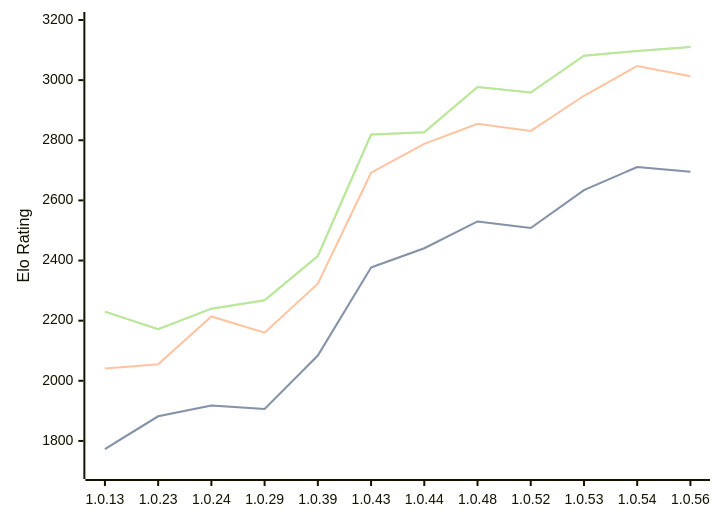
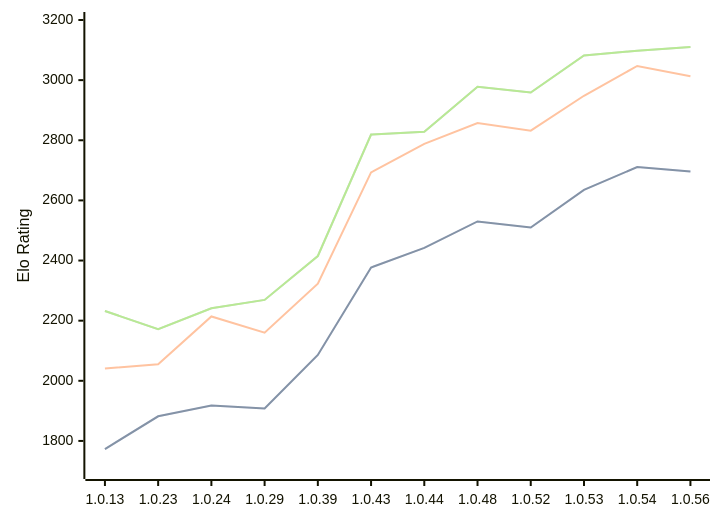
One commit to computer-chess-index/cci changed the diagram in engines/RustyRival.md. Above: the diagram before and after it, drawn with Mermaid. The commit also changed other lines of this file, not shown here.

Commit message:
Update CCI Ratings (ELO VLTC) - 2026-09-13

````diff
--- a/engines/RustyRival.md
+++ b/engines/RustyRival.md
@@ -64,11 +64,11 @@
 ```mermaid
 %%{init: {"theme":"base","themeVariables":{"seriesColors:['#a3a3a3','#222221','#faa371']}}}%%
 xychart-beta
   x-axis ["1.0.13", "1.0.23", "1.0.24", "1.0.29", "1.0.39", "1.0.43", "1.0.44", "1.0.48", "1.0.52", "1.0.53", "1.0.54", "1.0.56"]
   y-axis "Elo Rating" 1700 --> 3200
-  line "" [1773, 1882, 1918, 1906, 2084, 2377, 2441, 2530, 2508, 2634, 2711, 2695]
-  line "STC (8.0+0.08s)" [1773, 1882, 1918, 1906, 2084, 2377, 2441, 2530, 2508, 2634, 2711, 2695]
-  line "LTC (60.0+0.60s)" [2041, 2055, 2214, 2160, 2323, 2692, 2788, 2855, 2831, 2948, 3047, 3013]
-  line "" [2230, 2172, 2240, 2268, 2415, 2819, 2827, 2977, 2959, 3081, 3097, 3110]
-  line "VLTC (2m24s+1.12s)" [2230, 2172, 2240, 2268, 2415, 2819, 2827, 2977, 2959, 3081, 3097, 3110]
+  line "" [1773, 1882, 1918, 1908, 2086, 2377, 2442, 2530, 2510, 2635, 2711, 2696]
+  line "STC (8.0+0.08s)" [1773, 1882, 1918, 1908, 2086, 2377, 2442, 2530, 2510, 2635, 2711, 2696]
+  line "LTC (60.0+0.60s)" [2041, 2055, 2214, 2160, 2323, 2693, 2788, 2857, 2832, 2948, 3047, 3013]
+  line "" [2232, 2172, 2241, 2269, 2415, 2819, 2828, 2978, 2959, 3082, 3098, 3110]
+  line "VLTC (2m24s+1.12s)" [2232, 2172, 2241, 2269, 2415, 2819, 2828, 2978, 2959, 3082, 3098, 3110]
 ```
````
